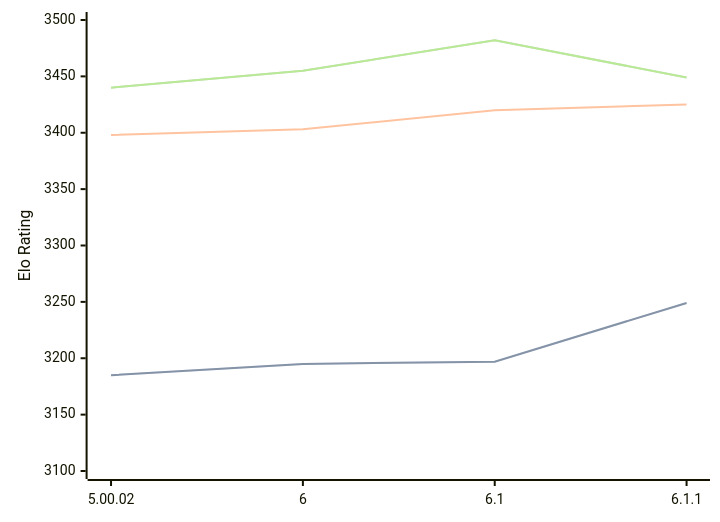
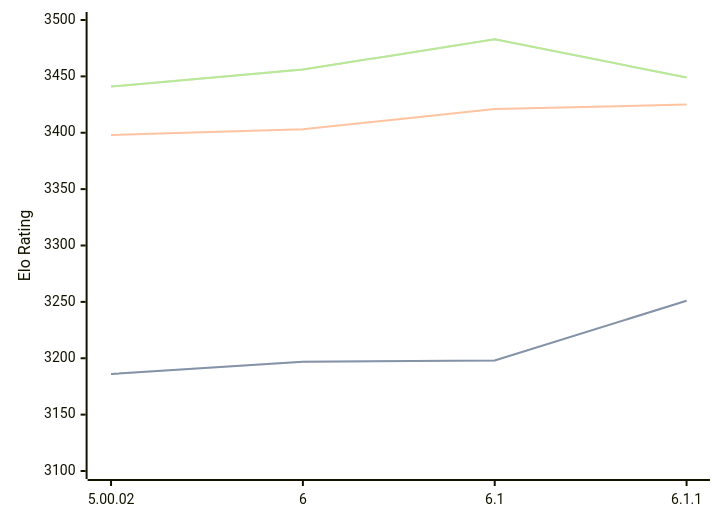
One commit to computer-chess-index/cci changed the diagram in engines/Zangdar.md. Above: the diagram before and after it, drawn with Mermaid. The commit also changed other lines of this file, not shown here.

Commit message:
Update CCI Ratings (ELO VLTC) - 2026-05-16

````diff
--- a/engines/Zangdar.md
+++ b/engines/Zangdar.md
@@ -46,11 +46,11 @@
 ```mermaid
 %%{init: {"theme":"base","themeVariables":{"seriesColors:['#a3a3a3','#222221','#faa371']}}}%%
 xychart-beta
   x-axis ["5.00.02", "6", "6.1", "6.1.1"]
   y-axis "Elo Rating" 3100 --> 3500
-  line "STC (8.0+0.08s)" [3185, 3195, 3197, 3249]
-  line "STC (8.0+0.08s)" [3185, 3195, 3197, 3249]
-  line "LTC (60.0+0.60s)" [3398, 3403, 3420, 3425]
-  line "VLTC (2m24s+1.12s)" [3440, 3455, 3482, 3449]
-  line "VLTC (2m24s+1.12s)" [3440, 3455, 3482, 3449]
+  line "STC (8.0+0.08s)" [3186, 3197, 3198, 3251]
+  line "STC (8.0+0.08s)" [3186, 3197, 3198, 3251]
+  line "LTC (60.0+0.60s)" [3398, 3403, 3421, 3425]
+  line "VLTC (2m24s+1.12s)" [3441, 3456, 3483, 3449]
+  line "VLTC (2m24s+1.12s)" [3441, 3456, 3483, 3449]
 ```
````
